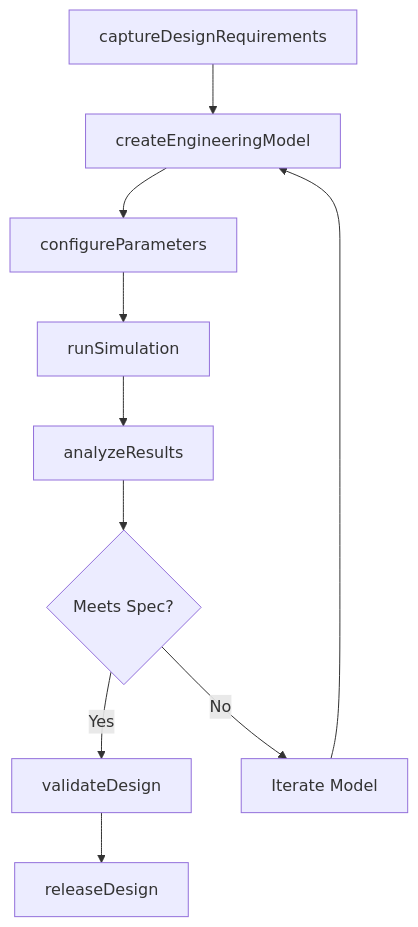
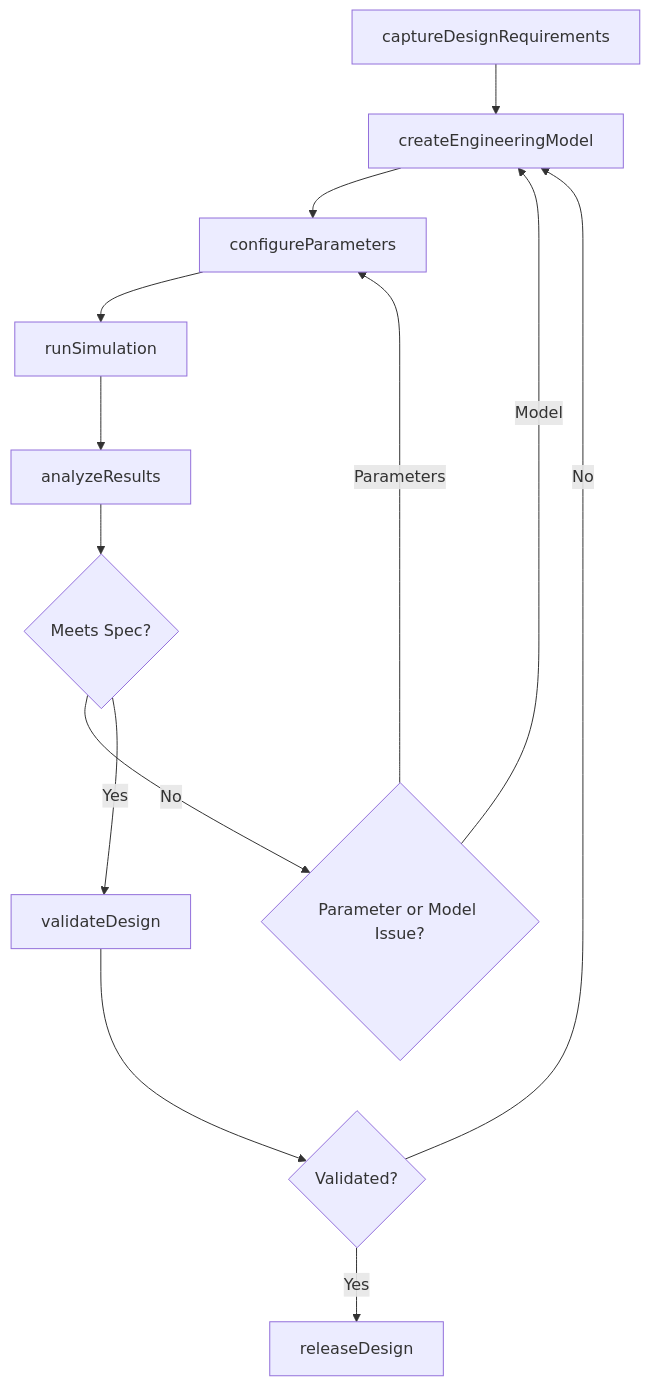
Before and after one commit to dot-org-ai/tasks.org.ai: the third of 4 diagrams in ThinkingCreatively/DevelopModelsOfSystemsProcessesOrProducts/CreateModelsEngineeringDesignsMethods.mdx, drawn with Mermaid. The commit also changed other lines of this file and 504 other files, not shown here.

First line of the commit message:
feat: Add ER diagrams, state diagrams, and workflow improvements to 96 DWA task files

````diff
--- a/ThinkingCreatively/DevelopModelsOfSystemsProcessesOrProducts/CreateModelsEngineeringDesignsMethods.mdx
+++ b/ThinkingCreatively/DevelopModelsOfSystemsProcessesOrProducts/CreateModelsEngineeringDesignsMethods.mdx
@@ -86,12 +115,15 @@
 ```mermaid
 graph TD
     A[captureDesignRequirements] --> B[createEngineeringModel]
     B --> C[configureParameters]
     C --> D[runSimulation]
     D --> E[analyzeResults]
     E --> F{Meets Spec?}
-    F -->|Yes| G[validateDesign]
-    F -->|No| H[Iterate Model]
-    H --> B
-    G --> I[releaseDesign]
+    F -->|No| G{Parameter or Model Issue?}
+    G -->|Parameters| C
+    G -->|Model| B
+    F -->|Yes| H[validateDesign]
+    H --> I{Validated?}
+    I -->|No| B
+    I -->|Yes| J[releaseDesign]
 ```
````
